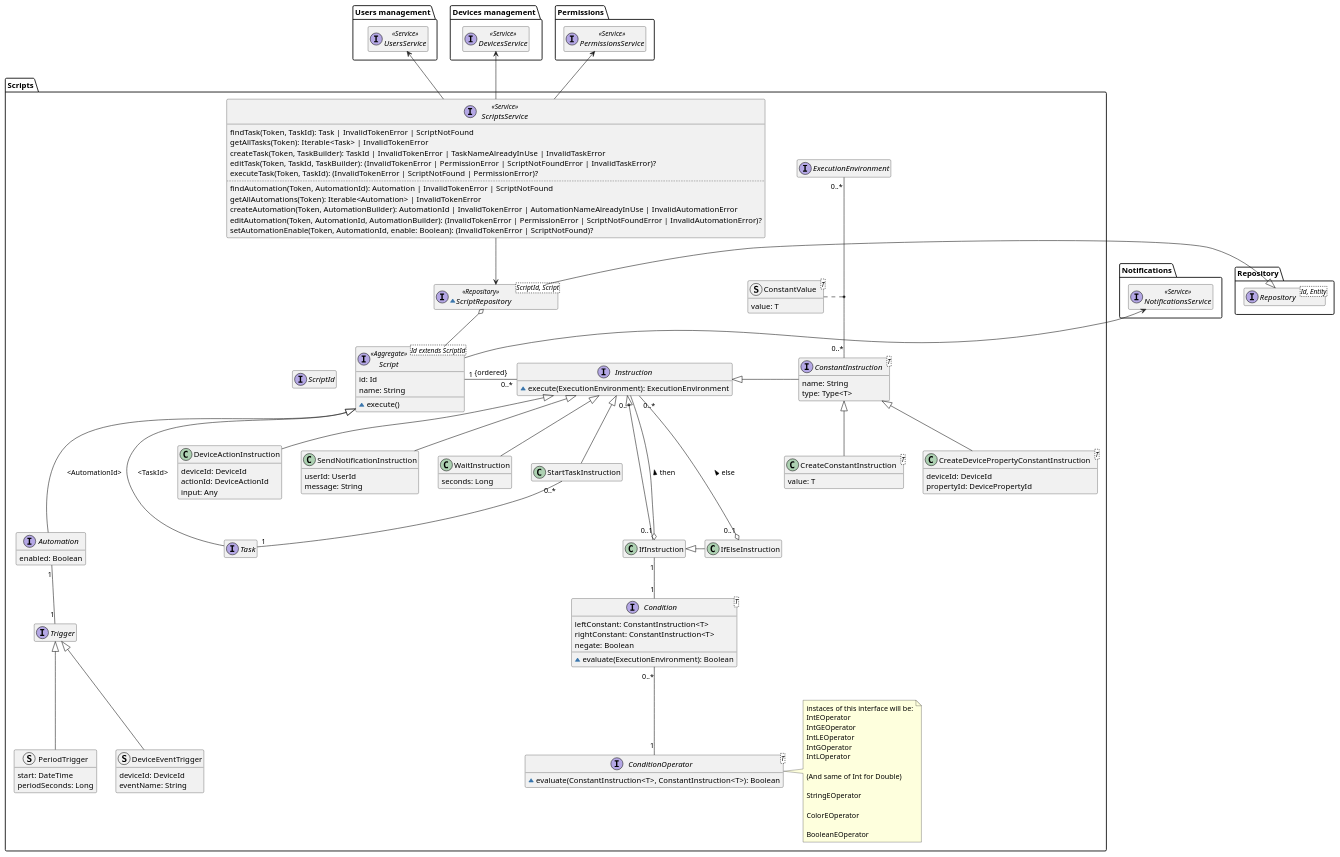
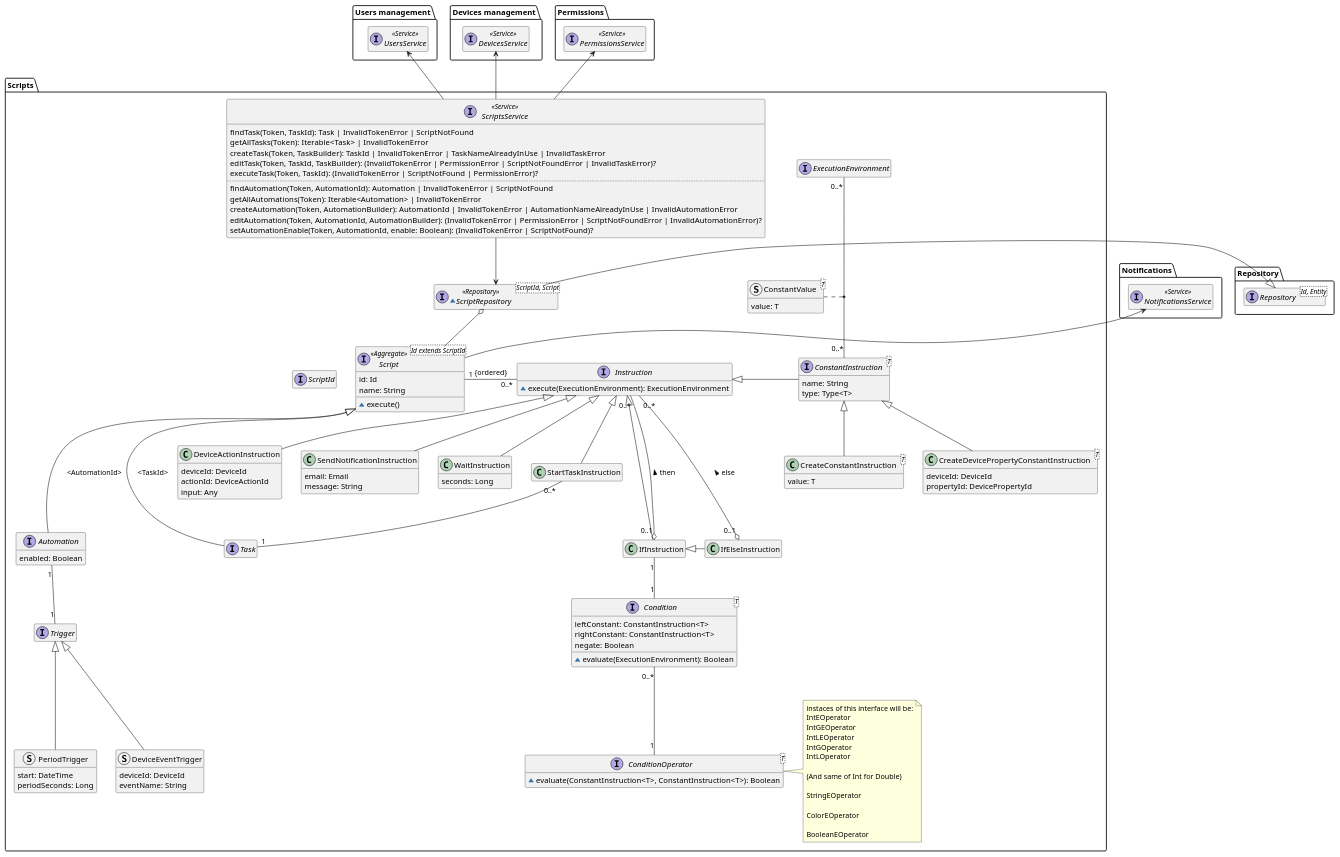
The diagram in diagrams/src/scripts-domain-model.puml (DomoticASW/.github), drawn with PlantUML before and after one commit. The commit also changed 7 other files, not shown here.

Commit message:
renamed UserId to Email in diagrams

```diff
--- a/diagrams/src/scripts-domain-model.puml
+++ b/diagrams/src/scripts-domain-model.puml
@@ -1,165 +1,165 @@
 @startuml scripts-domain-model
 
 hide empty members
 package Repository{
     interface Repository<Id, Entity>
 }
 
 package "Users management" as UsersManagement {
     interface UsersService <<Service>>
 }
 
 package "Devices management" as DevicesManagement {
     interface DevicesService <<Service>>
 }
 
 package Permissions {
     interface PermissionsService <<Service>>
 }
 
 package Notifications {
     interface NotificationsService <<Service>>
 }
 
 package "Scripts" {
 
     interface ScriptId
 
     interface Script<Id extends ScriptId> <<Aggregate>> {
         id: Id
         name: String
         ~execute()
     }
 
     interface Task
     interface Automation {
         enabled: Boolean
     }
 
     interface Trigger
 
     struct DeviceEventTrigger extends Trigger {
         deviceId: DeviceId
         eventName: String
     }
 
     struct PeriodTrigger extends Trigger {
         start: DateTime
         periodSeconds: Long
     }
 
     interface Instruction {
         ~execute(ExecutionEnvironment): ExecutionEnvironment
     }
     class StartTaskInstruction extends Instruction
 
     class DeviceActionInstruction extends Instruction {
         deviceId: DeviceId
         actionId: DeviceActionId
         input: Any
     }
 
     class IfInstruction
 
     class IfElseInstruction
 
     class SendNotificationInstruction extends Instruction {
-        userId: UserId
+        email: Email
         message: String
     }
 
     class WaitInstruction extends Instruction {
         seconds: Long
     }
 
     interface ConstantInstruction<T> {
         name: String
         type: Type<T>
     }
 
     class CreateDevicePropertyConstantInstruction<T> extends ConstantInstruction {
         deviceId: DeviceId
         propertyId: DevicePropertyId
     }
 
     class CreateConstantInstruction<T> extends ConstantInstruction {
         value: T
     }
 
     interface Condition<T> {
         leftConstant: ConstantInstruction<T>
         rightConstant: ConstantInstruction<T>
         negate: Boolean
         ~evaluate(ExecutionEnvironment): Boolean
     }
 
     interface ConditionOperator<T> {
         ~evaluate(ConstantInstruction<T>, ConstantInstruction<T>): Boolean
     }
 
     note right of ConditionOperator
         instaces of this interface will be:
         IntEOperator
         IntGEOperator
         IntLEOperator
         IntGOperator
         IntLOperator
 
         (And same of Int for Double)
 
         StringEOperator
 
         ColorEOperator
 
         BooleanEOperator
     end note
 
     interface ExecutionEnvironment
 
     struct ConstantValue<T> {
         value: T
     }
 
     ExecutionEnvironment "0..*" -- "0..*" ConstantInstruction
     ConstantValue .. (ExecutionEnvironment, ConstantInstruction)
 
     ~interface ScriptRepository<ScriptId, Script> <<Repository>> {
     }
     ScriptRepository -l-|> Repository.Repository
     ScriptRepository o-- Script
 
     interface ScriptsService <<Service>> {
         findTask(Token, TaskId): Task | InvalidTokenError | ScriptNotFound
         getAllTasks(Token): Iterable<Task> | InvalidTokenError
         createTask(Token, TaskBuilder): TaskId | InvalidTokenError | TaskNameAlreadyInUse | InvalidTaskError
         editTask(Token, TaskId, TaskBuilder): (InvalidTokenError | PermissionError | ScriptNotFoundError | InvalidTaskError)?
         executeTask(Token, TaskId): (InvalidTokenError | ScriptNotFound | PermissionError)?
         ..
         findAutomation(Token, AutomationId): Automation | InvalidTokenError | ScriptNotFound
         getAllAutomations(Token): Iterable<Automation> | InvalidTokenError
         createAutomation(Token, AutomationBuilder): AutomationId | InvalidTokenError | AutomationNameAlreadyInUse | InvalidAutomationError
         editAutomation(Token, AutomationId, AutomationBuilder): (InvalidTokenError | PermissionError | ScriptNotFoundError | InvalidAutomationError)?
         setAutomationEnable(Token, AutomationId, enable: Boolean): (InvalidTokenError | ScriptNotFound)?
     }
 
     Script -l[hidden] ScriptId
     Script <|-- Task : "<TaskId>"
     Script <|--- Automation : "<AutomationId>"
     Automation "1" -- "1" Trigger
     Script "1" -r- "0..*" Instruction : "{ordered}"
     IfInstruction --u-|> Instruction
     IfElseInstruction -l-|> IfInstruction
     IfInstruction "0..1" o-u- "0..*" Instruction : "then >"
     IfInstruction "1" -- "1" Condition
     IfElseInstruction "0..1" o-u- "0..*" Instruction : "else >"
     StartTaskInstruction "0..*" -- "1" Task
     Condition "0..*" -- "1" ConditionOperator
     ConstantInstruction -l-|> Instruction
     ScriptsService --> ScriptRepository
     ScriptsService -u-> Permissions.PermissionsService
     ScriptsService -u-> DevicesManagement.DevicesService
     ScriptsService -u-> UsersManagement.UsersService
     Script -u-> Notifications.NotificationsService
 }
 
 @enduml
```
